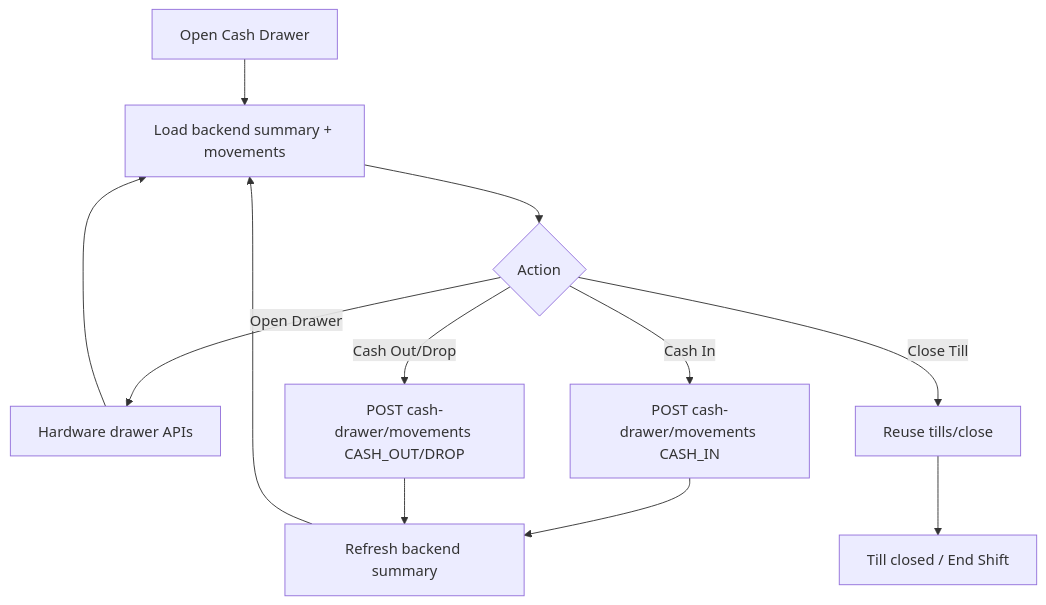
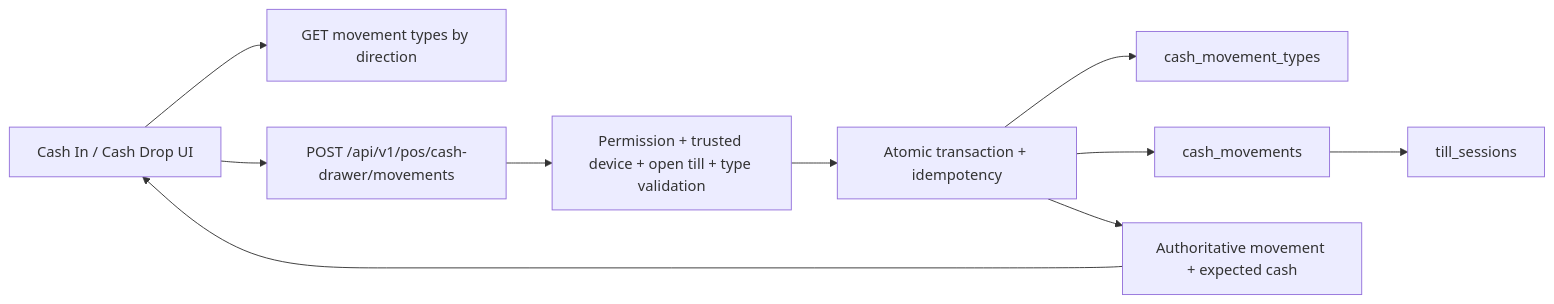
The diagram in 03_USER_JOURNEYS/Cashier/10_Cash_In_Out_Flow.md (unicomproject/Pos-system-Knowledge), drawn with Mermaid before and after one commit. The commit also changed other lines of this file and 65 other files, not shown here.

````diff
--- a/03_USER_JOURNEYS/Cashier/10_Cash_In_Out_Flow.md
+++ b/03_USER_JOURNEYS/Cashier/10_Cash_In_Out_Flow.md
@@ -55,15 +82,12 @@
 ```mermaid
-flowchart TD
-    S1[Open Cash Drawer]
-    S1 --> S2[Load backend summary + movements]
-    S2 --> A{Action}
-    A -->|Open Drawer| H[Hardware drawer APIs]
-    A -->|Cash In| CI[POST cash-drawer/movements CASH_IN]
-    A -->|Cash Out/Drop| CO[POST cash-drawer/movements CASH_OUT/DROP]
-    A -->|Close Till| CT[Reuse tills/close]
-    CI --> R[Refresh backend summary]
-    CO --> R
-    H --> S2
-    CT --> Done[Till closed / End Shift]
-    R --> S2
+flowchart LR
+  UI[Cash In / Cash Drop UI] --> TYPES[GET movement types by direction]
+  UI --> POST[POST /api/v1/pos/cash-drawer/movements]
+  POST --> VALIDATE[Permission + trusted device + open till + type validation]
+  VALIDATE --> TX[Atomic transaction + idempotency]
+  TX --> CMT[cash_movement_types]
+  TX --> CM[cash_movements]
+  CM --> TS[till_sessions]
+  TX --> RESULT[Authoritative movement + expected cash]
+  RESULT --> UI
 ```
````
